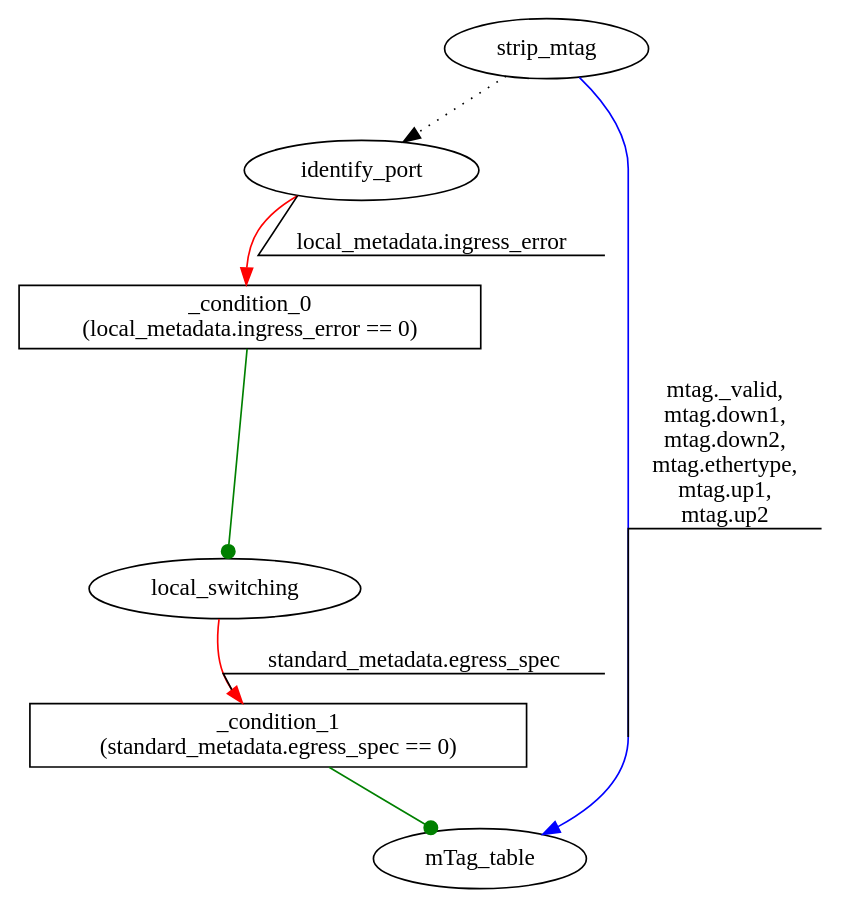
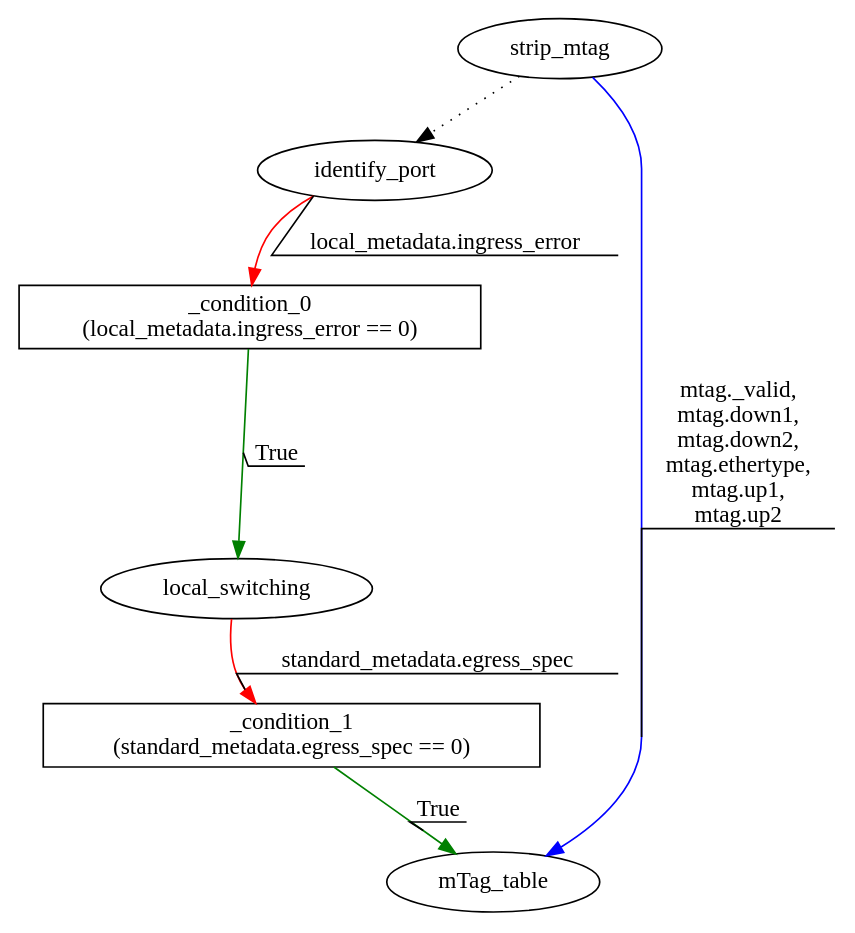
One commit to jafingerhut/p4lang-tests changed the diagram in v1.0.3/mtag/out1-unchanged/mtag-edge.ingress.tables_dep.dot. Above: the diagram before and after it, drawn with Graphviz. The commit also changed 50 other files, not shown here.

Commit message:
Remove p4-graphs option --deps-skip-transitive-reduction and add --deps-show-all lease enter the commit message for your changes. Lines starting

```diff
--- a/v1.0.3/mtag/out1-unchanged/mtag-edge.ingress.tables_dep.dot
+++ b/v1.0.3/mtag/out1-unchanged/mtag-edge.ingress.tables_dep.dot
@@ -1,19 +1,19 @@
 digraph ingress {
+_condition_0 [ shape=box label="_condition_0\n(local_metadata.ingress_error == 0)"];
 _condition_1 [ shape=box label="_condition_1\n(standard_metadata.egress_spec == 0)"];
-_condition_0 [ shape=box label="_condition_0\n(local_metadata.ingress_error == 0)"];
+identify_port [ label="identify_port"];
+local_switching [ label="local_switching"];
+mTag_table [ label="mTag_table"];
+strip_mtag [ label="strip_mtag"];
+_condition_0 -> local_switching [color=green label="True" decorate=true ];
+_condition_1 -> mTag_table [color=green label="True" decorate=true ];
+identify_port -> _condition_0 [color=red label="local_metadata.ingress_error" decorate=true ];
+local_switching -> _condition_1 [color=red label="standard_metadata.egress_spec" decorate=true ];
 strip_mtag -> identify_port [style=dotted ];
 strip_mtag -> mTag_table [color=blue label="mtag._valid,
 mtag.down1,
 mtag.down2,
 mtag.ethertype,
 mtag.up1,
 mtag.up2" decorate=true ];
-identify_port -> _condition_0 [color=red label="local_metadata.ingress_error" decorate=true ];
-_condition_1 -> mTag_table [color=green  arrowhead = dot];
-_condition_0 -> local_switching [color=green  arrowhead = dot];
-identify_port [ label="identify_port"];
-local_switching [ label="local_switching"];
-mTag_table [ label="mTag_table"];
-strip_mtag [ label="strip_mtag"];
-local_switching -> _condition_1 [color=red label="standard_metadata.egress_spec" decorate=true ];
 }
```
